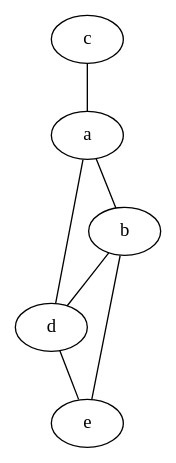
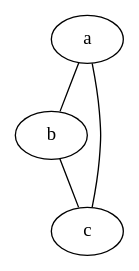
One commit to Luan-MB/grafos-graphviz changed the diagram in exemplos/input.dot. Above: the diagram before and after it, drawn with Graphviz. The commit also changed 2 other files, not shown here.

```diff
--- a/exemplos/input.dot
+++ b/exemplos/input.dot
@@ -1,6 +1,4 @@
 graph g_Teste {
-    a -- b;
-    c -- a -- d;
-    b -- d -- e;
-    b -- e;
+    a -- b -- c;
+    c -- a;
 }
```
